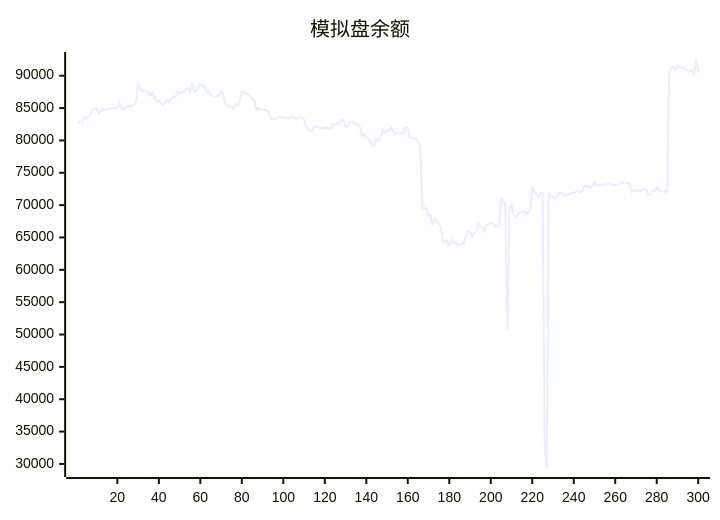
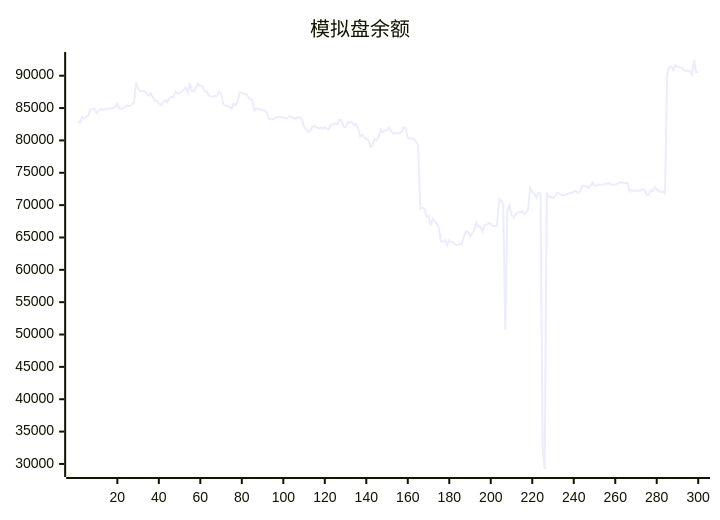
One commit to aahl/ai-trading changed the diagram in README.md. Above: the diagram before and after it, drawn with Mermaid. The commit also changed other lines of this file and 1 other file, not shown here.

````diff
--- a/README.md
+++ b/README.md
@@ -5,5 +5,5 @@
 ```mermaid
 xychart
     title "模拟盘余额"
-    line [82648,82962,82728,83619,83378,83710,83825,84819,84854,84917,84265,84527,84919,84668,84834,84850,84916,84981,85004,85131,85674,84891,84864,85019,85284,85393,85294,85538,85894,88904,88012,87567,87625,87568,87386,86920,87313,86737,86094,86143,85725,85437,85787,86219,85859,86526,86740,86630,87563,87264,87335,87483,87886,88180,87335,88894,87544,87608,88207,88755,88401,88444,87543,87608,87000,86810,86740,86894,86884,87576,87209,85686,85435,85251,85255,84820,85689,85453,86066,87420,87373,87161,87178,86740,86341,86315,84643,85012,84772,84768,84690,84635,84376,83360,83357,83259,83474,83608,83606,83602,83548,83440,83454,83724,83644,83464,83365,83590,83592,83275,82072,81806,81344,81492,82109,82254,82006,81848,81955,81829,82022,81769,81776,82522,82441,82656,82498,83144,83144,82150,82038,82797,82763,82872,82367,82536,81981,80612,80862,80484,80242,80034,79063,79245,80226,80016,80507,81625,81233,81544,81578,82016,81401,81019,81186,81130,81118,81306,82066,81909,80392,80304,80291,80258,79729,79261,69466,69579,69456,68251,68415,66832,67911,67462,67144,66432,64380,64375,64606,63740,64647,64324,64216,63842,63877,64078,64008,65156,65945,65888,65157,65625,66144,67284,66653,66639,65924,66925,66956,67263,67108,66766,66729,66886,70927,70673,70049,50652,69334,69973,68400,68061,68578,68876,68879,69055,68662,68822,69329,72687,71999,71760,71162,71911,71896,32500,29218,71927,71297,71305,71044,71337,71883,71822,71536,71536,71622,71723,71880,71860,72100,72216,71887,72077,72940,72976,72966,72638,72948,73497,73004,73041,73173,73160,73186,73258,73375,73351,73173,73098,73161,73305,73474,73536,73457,73413,73412,72100,72333,72164,72272,72204,72285,72461,72421,71652,71521,72267,72157,72774,72424,72144,72060,72091,71858,90185,91338,91466,90900,91678,91404,91268,91244,90903,90779,90787,90721,90187,92429,90518]
+    line [82962,82728,83619,83378,83710,83825,84819,84854,84917,84265,84527,84919,84668,84834,84850,84916,84981,85004,85131,85674,84891,84864,85019,85284,85393,85294,85538,85894,88904,88012,87567,87625,87568,87386,86920,87313,86737,86094,86143,85725,85437,85787,86219,85859,86526,86740,86630,87563,87264,87335,87483,87886,88180,87335,88894,87544,87608,88207,88755,88401,88444,87543,87608,87000,86810,86740,86894,86884,87576,87209,85686,85435,85251,85255,84820,85689,85453,86066,87420,87373,87161,87178,86740,86341,86315,84643,85012,84772,84768,84690,84635,84376,83360,83357,83259,83474,83608,83606,83602,83548,83440,83454,83724,83644,83464,83365,83590,83592,83275,82072,81806,81344,81492,82109,82254,82006,81848,81955,81829,82022,81769,81776,82522,82441,82656,82498,83144,83144,82150,82038,82797,82763,82872,82367,82536,81981,80612,80862,80484,80242,80034,79063,79245,80226,80016,80507,81625,81233,81544,81578,82016,81401,81019,81186,81130,81118,81306,82066,81909,80392,80304,80291,80258,79729,79261,69466,69579,69456,68251,68415,66832,67911,67462,67144,66432,64380,64375,64606,63740,64647,64324,64216,63842,63877,64078,64008,65156,65945,65888,65157,65625,66144,67284,66653,66639,65924,66925,66956,67263,67108,66766,66729,66886,70927,70673,70049,50652,69334,69973,68400,68061,68578,68876,68879,69055,68662,68822,69329,72687,71999,71760,71162,71911,71896,32500,29218,71927,71297,71305,71044,71337,71883,71822,71536,71536,71622,71723,71880,71860,72100,72216,71887,72077,72940,72976,72966,72638,72948,73497,73004,73041,73173,73160,73186,73258,73375,73351,73173,73098,73161,73305,73474,73536,73457,73413,73412,72100,72333,72164,72272,72204,72285,72461,72421,71652,71521,72267,72157,72774,72424,72144,72060,72091,71858,90185,91338,91466,90900,91678,91404,91268,91244,90903,90779,90787,90721,90187,92429,90518,90619]
 ```
````
